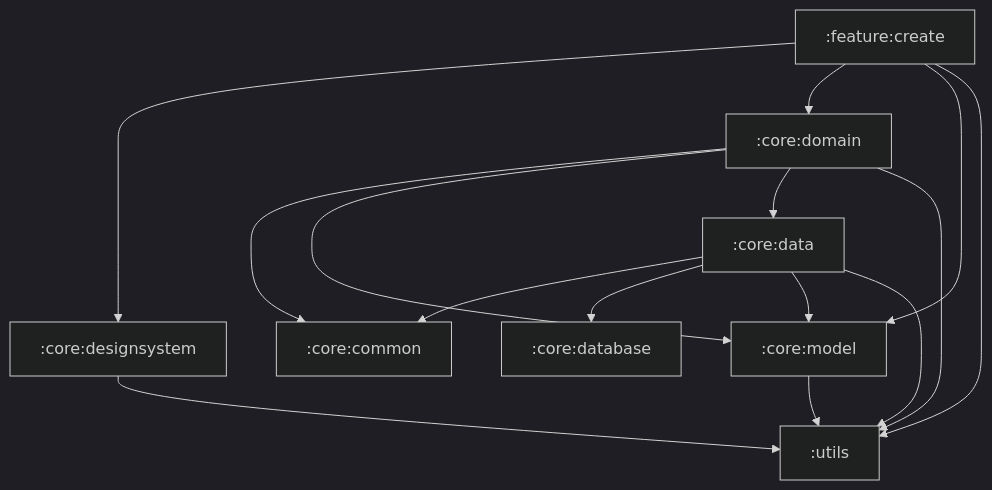
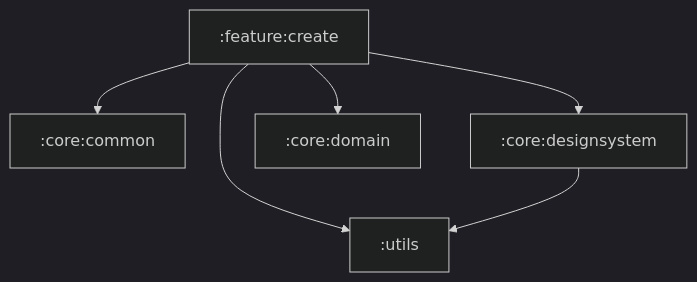
Before and after one commit to HakusFactory/hakusfactory.github.io: the diagram in module/feature/create.md, drawn with Mermaid (dark theme). The commit also changed 12 other files, not shown here.

````diff
--- a/module/feature/create.md
+++ b/module/feature/create.md
@@ -3,32 +3,18 @@
 ```mermaid
 flowchart TD
 create[:feature:create]
 
+create --> common
 create --> designsystem
 create --> domain
-create --> model
 create --> utils
 
-domain[:core:domain]
-domain --> common
-domain --> model
-domain --> data
-domain --> utils
-
-model[:core:model]
-model --> utils
+common[:core:common]
 
 designsystem[:core:designsystem]
 designsystem --> utils
 
+domain[:core:domain]
+
 utils[:utils]
-
-data[:core:data]
-data --> common
-data --> database
-data --> model
-data --> utils
-
-database[:core:database]
-common[:core:common]
 ```
````
